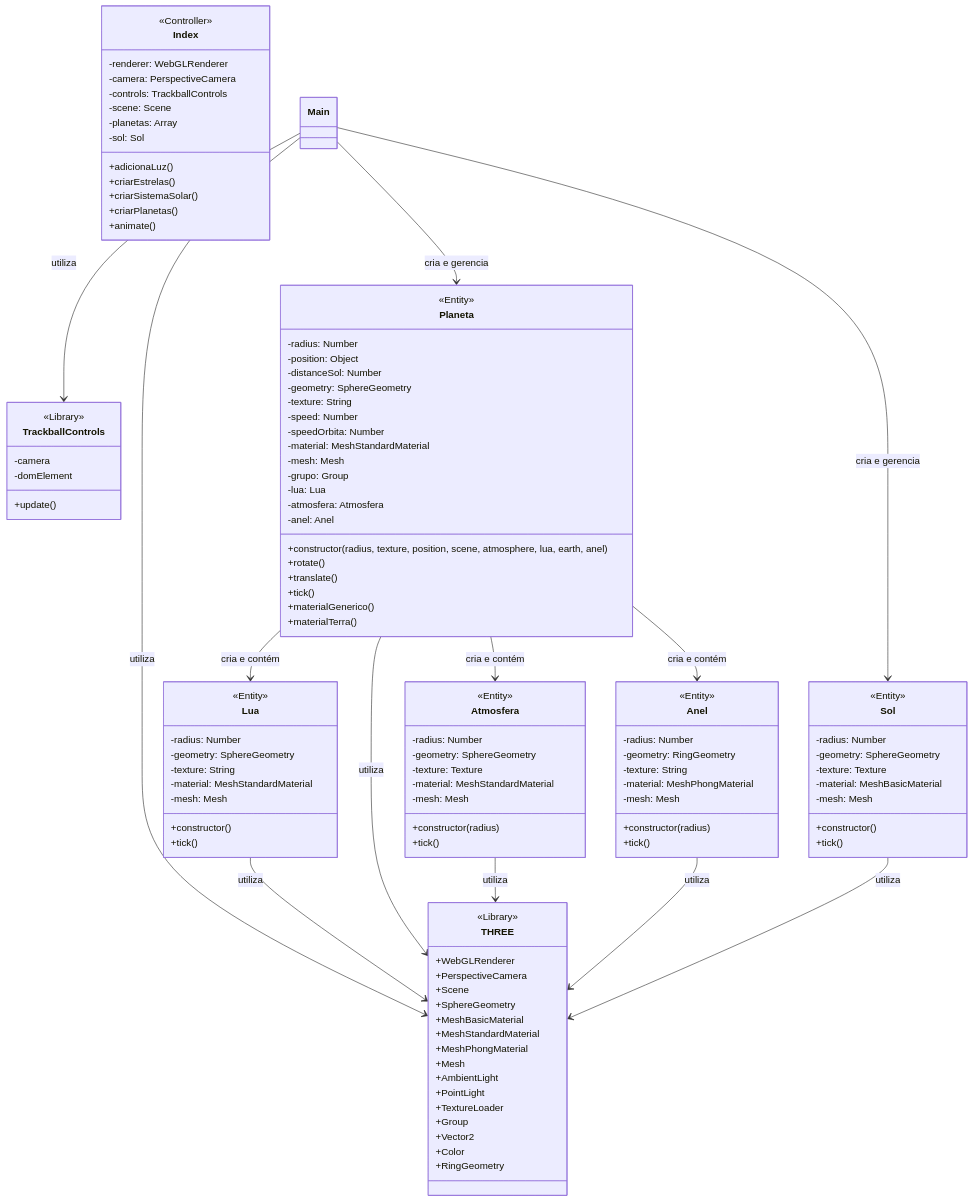
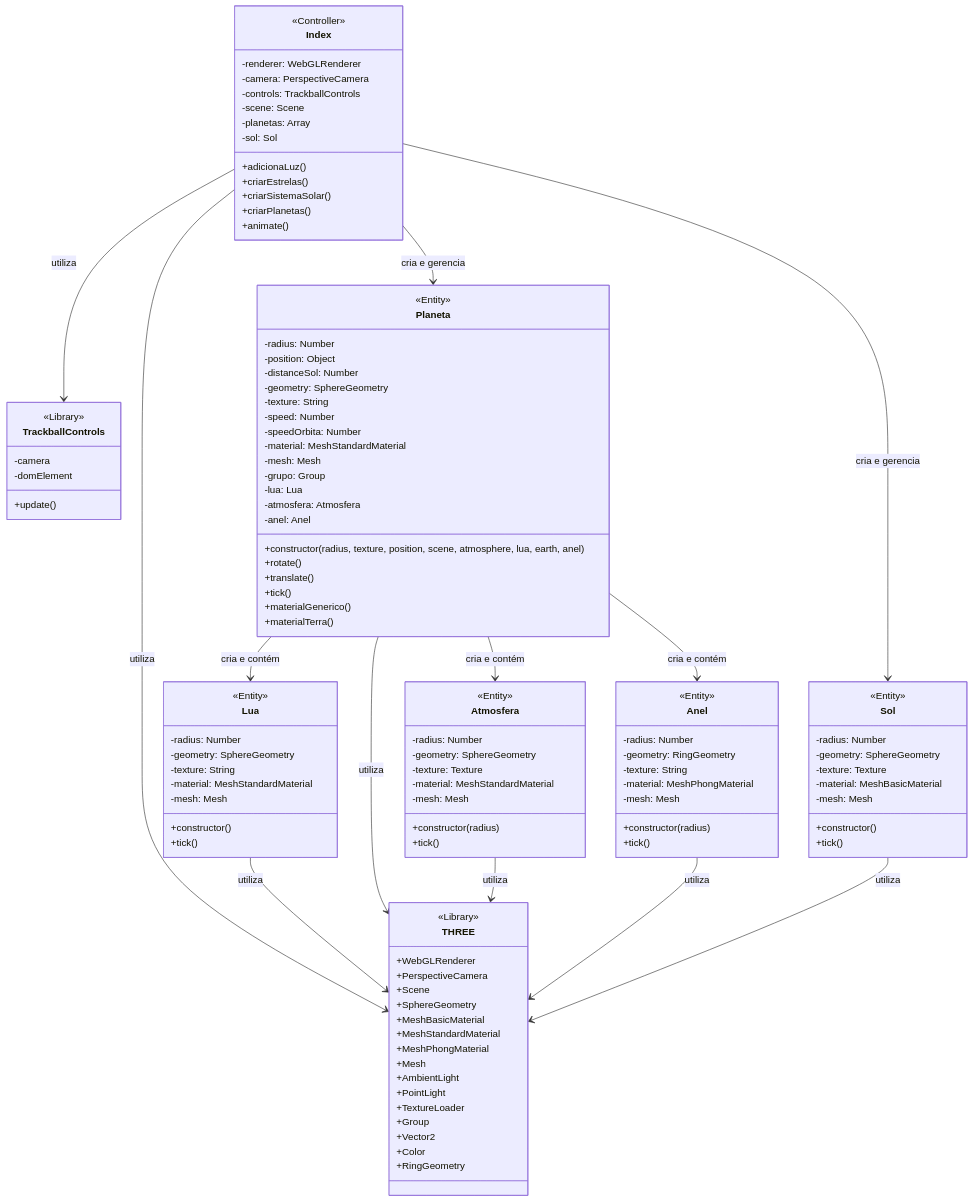
Before and after one commit to StephanyeCunto/ComputacaoGrafica: the diagram in README.md, drawn with Mermaid. The commit also changed other lines of this file, not shown here.

Commit message:
Pequenas alterações

```diff
--- a/README.md
+++ b/README.md
@@ -206,10 +206,10 @@
  Planeta --> Lua : cria e contém
  Planeta --> Atmosfera : cria e contém
  Planeta --> Anel : cria e contém
- Main --> Planeta : cria e gerencia
- Main --> Sol : cria e gerencia
- Main --> THREE : utiliza
- Main --> TrackballControls : utiliza
+ Index --> Planeta : cria e gerencia
+ Index --> Sol : cria e gerencia
+ Index --> THREE : utiliza
+ Index --> TrackballControls : utiliza
  Lua --> THREE : utiliza
  Planeta --> THREE : utiliza
  Atmosfera --> THREE : utiliza
```
